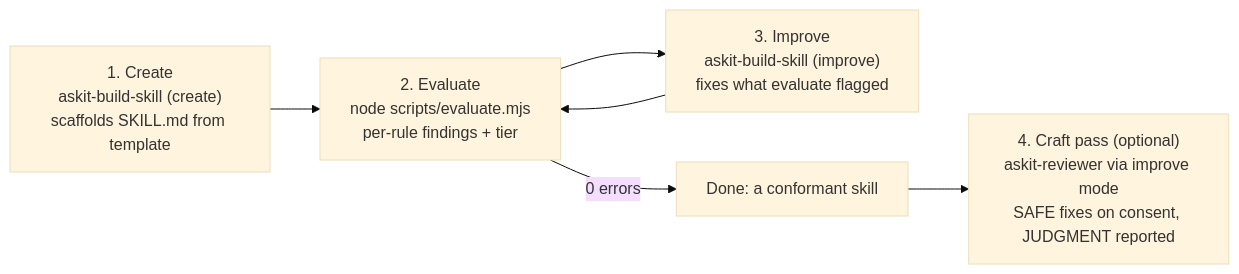
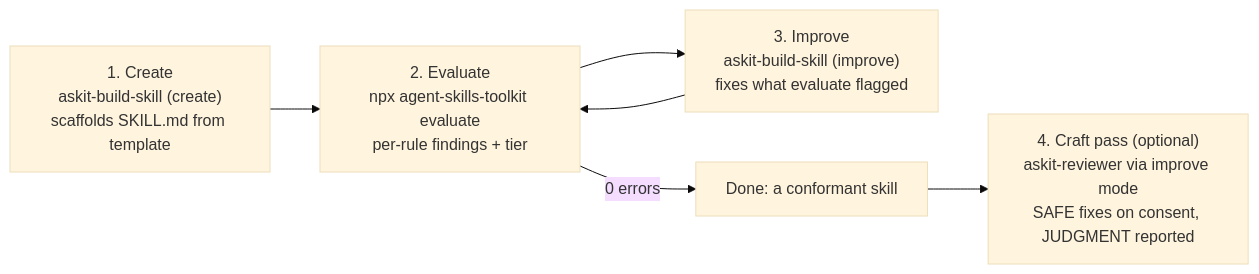
One commit to product-on-purpose/agent-skills-toolkit changed the diagram in docs/how-to/build-and-evaluate-a-skill.md. Above: the diagram before and after it, drawn with Mermaid (base theme). The commit also changed other lines of this file and 42 other files, not shown here.

````diff
--- a/docs/how-to/build-and-evaluate-a-skill.md
+++ b/docs/how-to/build-and-evaluate-a-skill.md
@@ -13,8 +13,8 @@
 ```mermaid
 flowchart LR
-  C["1. Create<br/>askit-build-skill (create)<br/>scaffolds SKILL.md from template"] --> E["2. Evaluate<br/>node scripts/evaluate.mjs<br/>per-rule findings + tier"]
+  C["1. Create<br/>askit-build-skill (create)<br/>scaffolds SKILL.md from template"] --> E["2. Evaluate<br/>npx agent-skills-toolkit evaluate<br/>per-rule findings + tier"]
   E --> I["3. Improve<br/>askit-build-skill (improve)<br/>fixes what evaluate flagged"]
   I --> E
   E -->|0 errors| D["Done: a conformant skill"]
   D --> P["4. Craft pass (optional)<br/>askit-reviewer via improve mode<br/>SAFE fixes on consent, JUDGMENT reported"]
 ```
````
